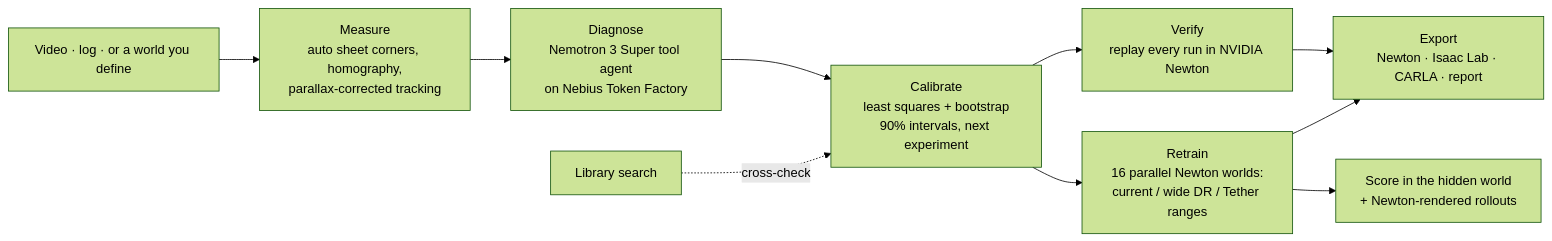
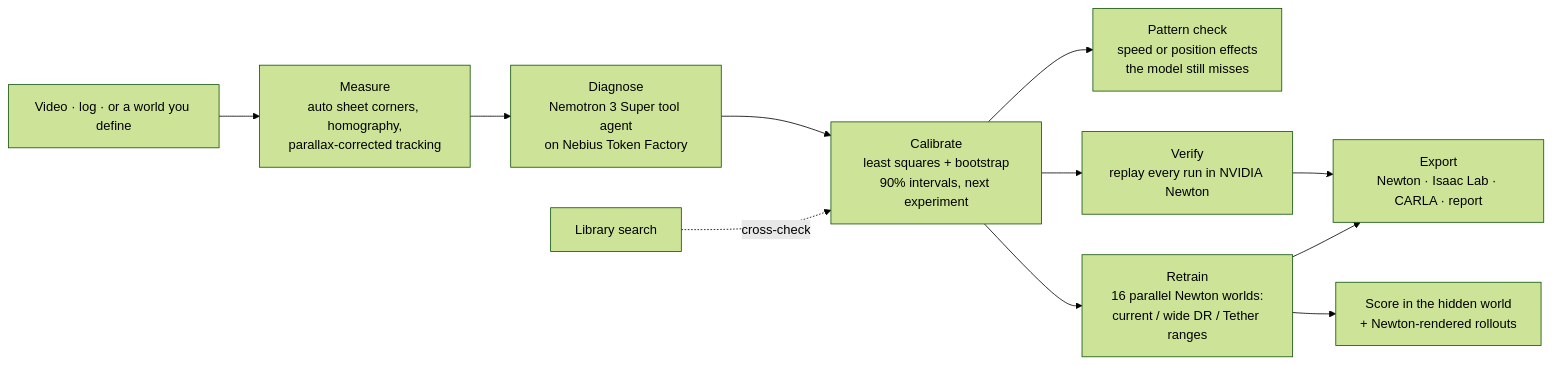
One commit to men16922/gapcloser changed the first of 2 diagrams in README.md. Above: the diagram before and after it, drawn with Mermaid (forest theme). The commit also changed other lines of this file and 74 other files, not shown here.

````diff
--- a/README.md
+++ b/README.md
@@ -31,12 +32,13 @@
 ```mermaid
 flowchart LR
     D[Video · log · or a world you define] --> M[Measure<br/>auto sheet corners, homography,<br/>parallax-corrected tracking]
     M --> A[Diagnose<br/>Nemotron 3 Super tool agent<br/>on Nebius Token Factory]
     A --> F[Calibrate<br/>least squares + bootstrap<br/>90% intervals, next experiment]
     X[Library search] -. cross-check .-> F
+    F --> P[Pattern check<br/>speed or position effects<br/>the model still misses]
     F --> V[Verify<br/>replay every run in NVIDIA Newton]
     F --> R[Retrain<br/>16 parallel Newton worlds:<br/>current / wide DR / Tether ranges]
     R --> H[Score in the hidden world<br/>+ Newton-rendered rollouts]
     V --> E[Export<br/>Newton · Isaac Lab · CARLA · report]
     R --> E
 ```
````
